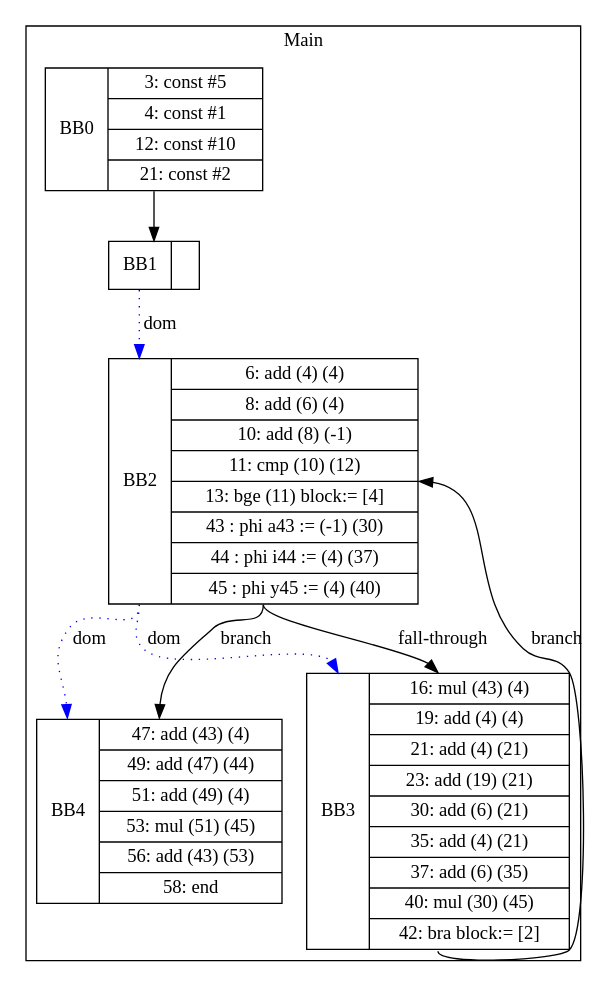
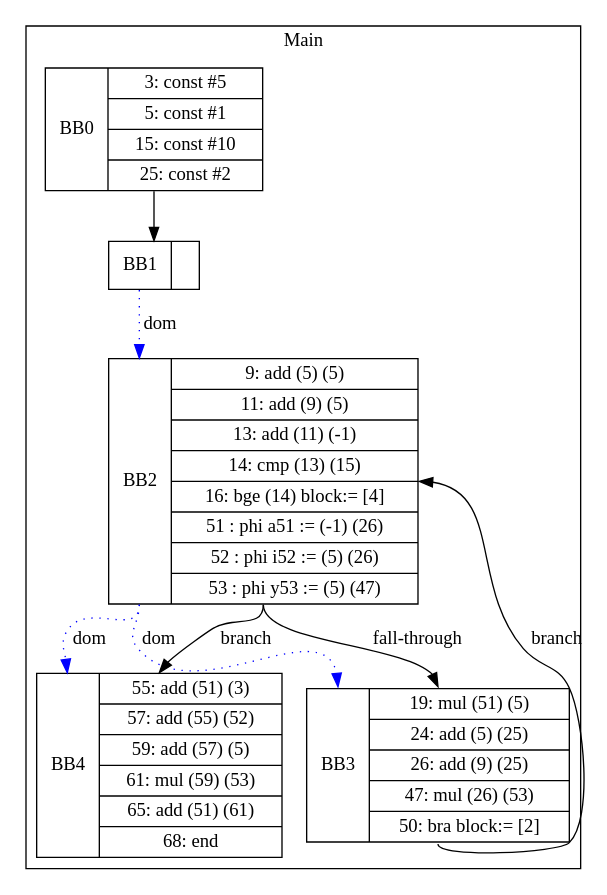
One commit to zjc664656505/UCI-CS241-Advanced-Compiler-main changed the diagram in visualization/Ricky/whileTests/chainedCSEWhileUninitRelations.gv. Above: the diagram before and after it, drawn with Graphviz. The commit also changed 40 other files, not shown here.

```diff
--- a/visualization/Ricky/whileTests/chainedCSEWhileUninitRelations.gv
+++ b/visualization/Ricky/whileTests/chainedCSEWhileUninitRelations.gv
@@ -1,18 +1,18 @@
 digraph G {
 node [shape=record];
 subgraph cluster_main{
 label = "Main";
-BB0 [shape=record, label="<b>BB0|{3: const #5|4: const #1|12: const #10|21: const #2}"];
+BB0 [shape=record, label="<b>BB0|{3: const #5|5: const #1|15: const #10|25: const #2}"];
 BB1 [shape=record, label="<b>BB1|}"];
-BB2 [shape=record, label="<b>BB2|{6: add (4) (4)|8: add (6) (4)|10: add (8) (-1)|11: cmp (10) (12)|13: bge (11) block:= [4]|43 : phi a43 := (-1) (30)|44 : phi i44 := (4) (37)|45 : phi y45 := (4) (40)}"];
-BB3 [shape=record, label="<b>BB3|{16: mul (43) (4)|19: add (4) (4)|21: add (4) (21)|23: add (19) (21)|30: add (6) (21)|35: add (4) (21)|37: add (6) (35)|40: mul (30) (45)|42: bra block:= [2]}"];
-BB4 [shape=record, label="<b>BB4|{47: add (43) (4)|49: add (47) (44)|51: add (49) (4)|53: mul (51) (45)|56: add (43) (53)|58: end}"];
+BB2 [shape=record, label="<b>BB2|{9: add (5) (5)|11: add (9) (5)|13: add (11) (-1)|14: cmp (13) (15)|16: bge (14) block:= [4]|51 : phi a51 := (-1) (26)|52 : phi i52 := (5) (26)|53 : phi y53 := (5) (47)}"];
+BB3 [shape=record, label="<b>BB3|{19: mul (51) (5)|24: add (5) (25)|26: add (9) (25)|47: mul (26) (53)|50: bra block:= [2]}"];
+BB4 [shape=record, label="<b>BB4|{55: add (51) (3)|57: add (55) (52)|59: add (57) (5)|61: mul (59) (53)|65: add (51) (61)|68: end}"];
 }
 BB0:s -> BB1:n ;
 BB2:b -> BB3:b [color=blue, style=dotted, label="dom"];
 BB2:b -> BB4:b [color=blue, style=dotted, label="dom"];
 BB1:b -> BB2:b [color=blue, style=dotted, label="dom"];
 BB2:s -> BB4:n [label="branch"];
 BB3:s -> BB2:e [label="branch"];
 BB2:s -> BB3:n [label="fall-through"];
 }
```
